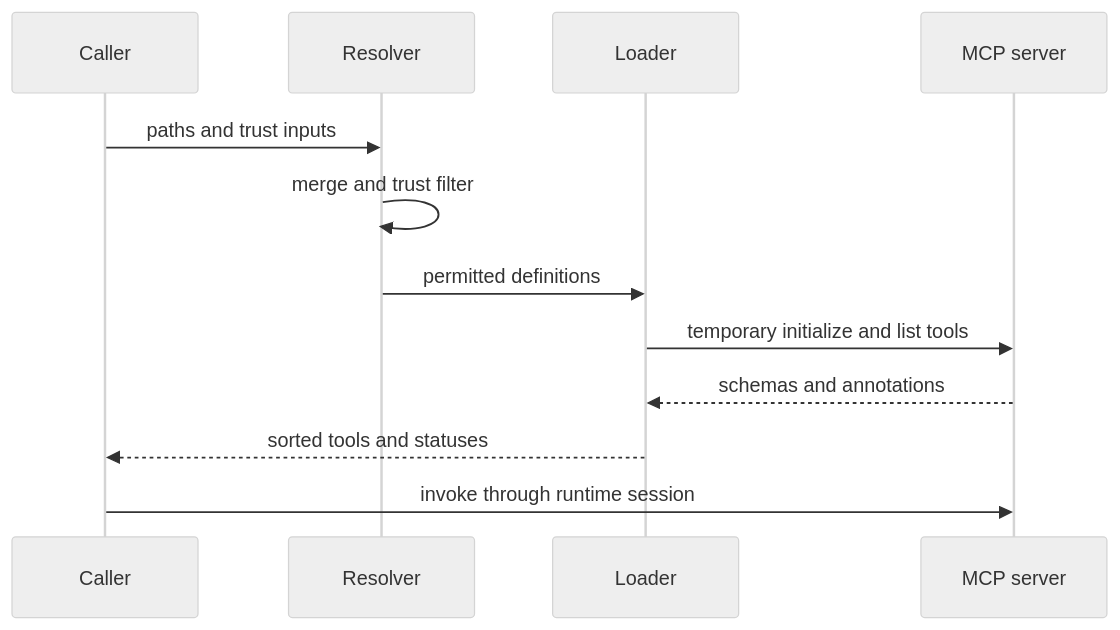
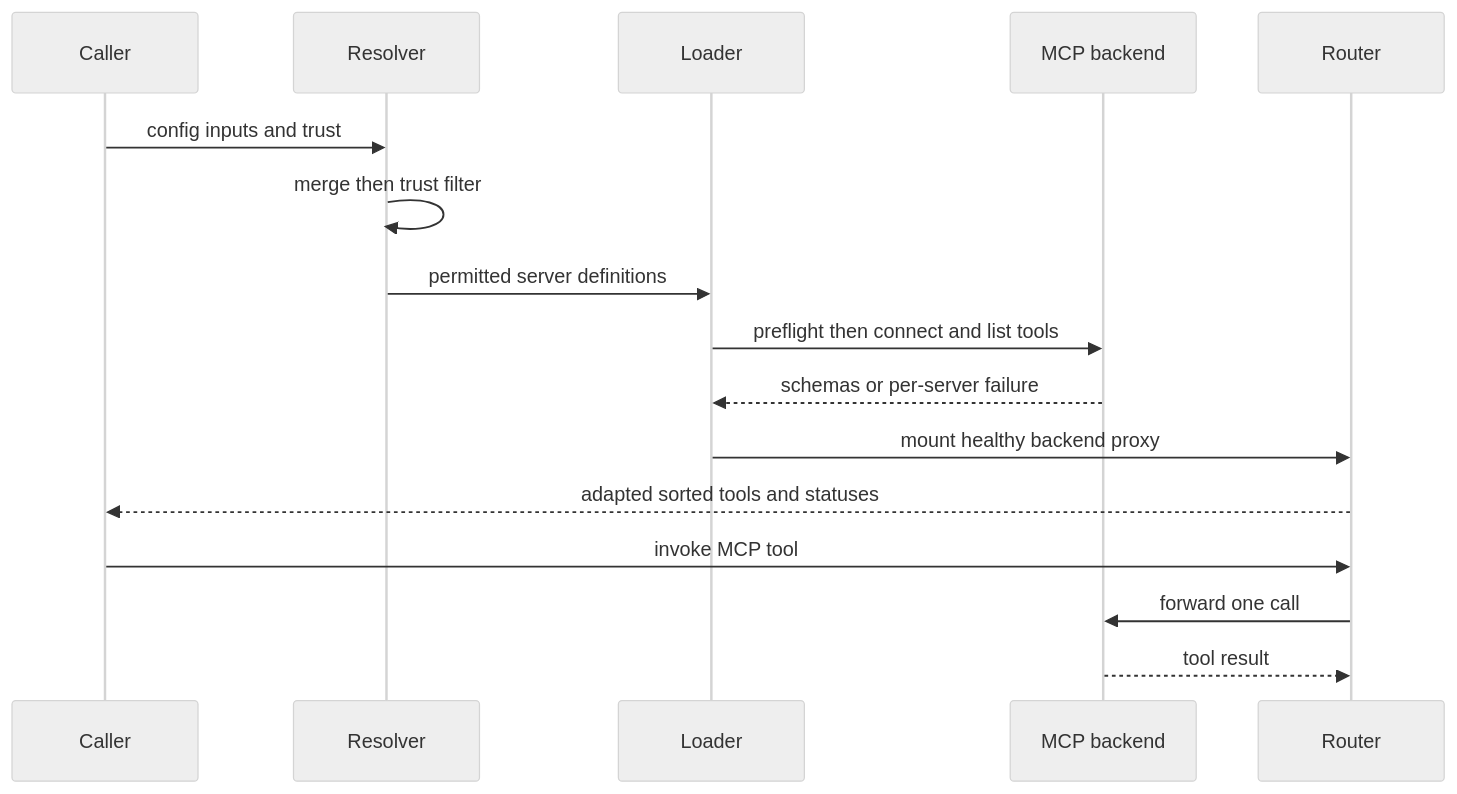
One commit to langchain-ai/deepagents changed the first of 2 diagrams in openwiki/integrations/mcp.md. Above: the diagram before and after it, drawn with Mermaid (neutral theme). The commit also changed other lines of this file and 63 other files, not shown here.

````diff
--- a/openwiki/integrations/mcp.md
+++ b/openwiki/integrations/mcp.md
@@ -127,14 +121,18 @@
 ```mermaid
 sequenceDiagram
     participant Caller
     participant Resolver
     participant Loader
-    participant Remote as MCP server
-    Caller->>Resolver: paths and trust inputs
-    Resolver->>Resolver: merge and trust filter
-    Resolver->>Loader: permitted definitions
-    Loader->>Remote: temporary initialize and list tools
-    Remote-->>Loader: schemas and annotations
-    Loader-->>Caller: sorted tools and statuses
-    Caller->>Remote: invoke through runtime session
+    participant Backend as MCP backend
+    participant Router
+    Caller->>Resolver: config inputs and trust
+    Resolver->>Resolver: merge then trust filter
+    Resolver->>Loader: permitted server definitions
+    Loader->>Backend: preflight then connect and list tools
+    Backend-->>Loader: schemas or per-server failure
+    Loader->>Router: mount healthy backend proxy
+    Router-->>Caller: adapted sorted tools and statuses
+    Caller->>Router: invoke MCP tool
+    Router->>Backend: forward one call
+    Backend-->>Router: tool result
 ```
````
